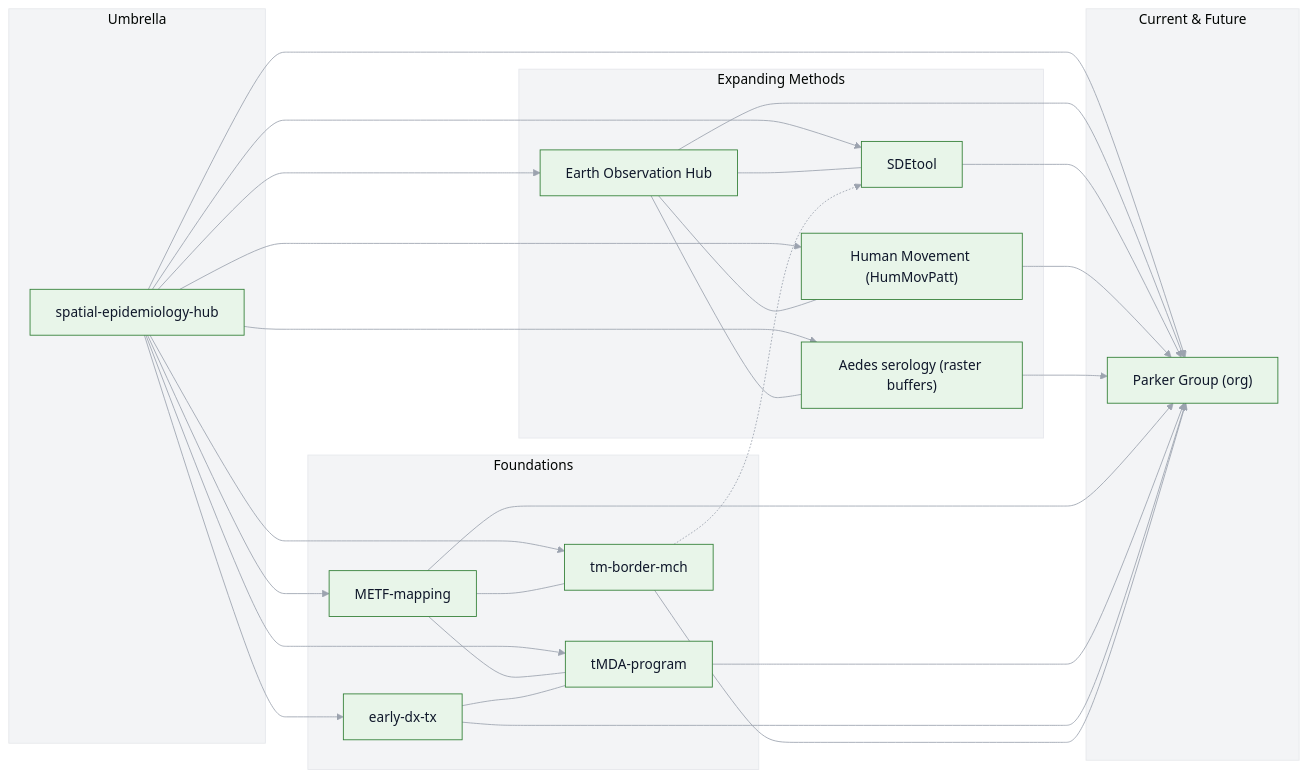
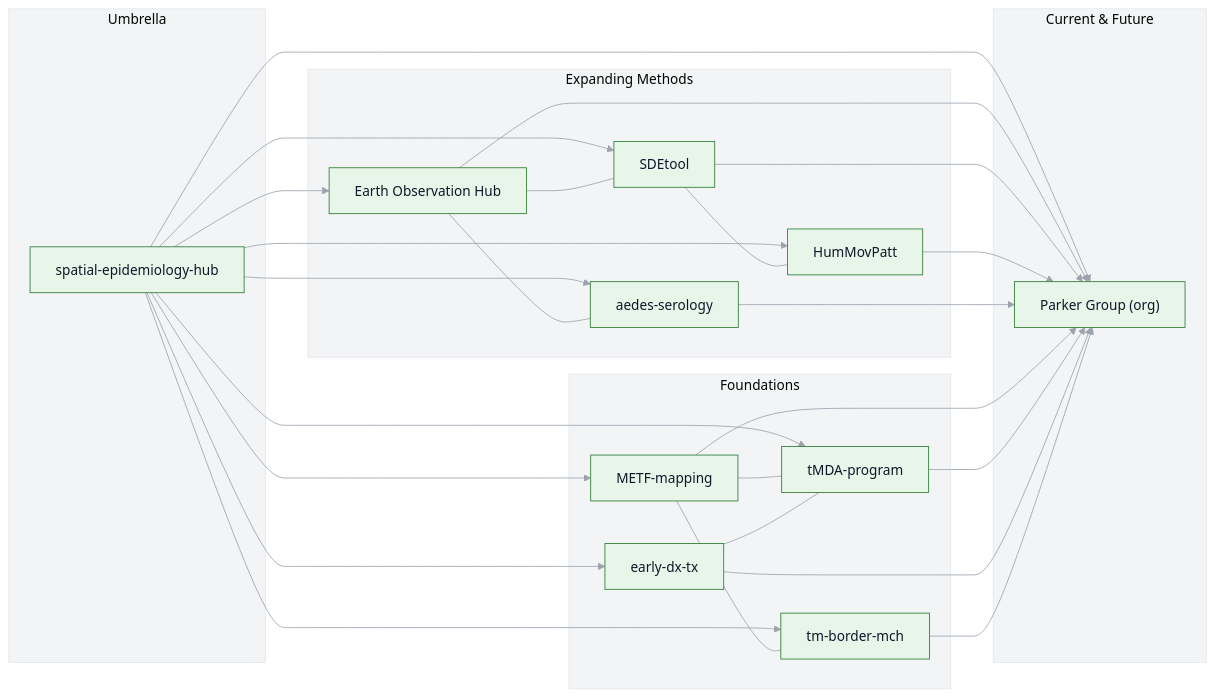
The diagram in README.md (DMParker1/spatial-epidemiology-hub), drawn with Mermaid before and after one commit. The commit also changed other lines of this file, not shown here.

````diff
--- a/README.md
+++ b/README.md
@@ -41,63 +41,59 @@
 ```mermaid
 %%{init: {"theme":"base","themeVariables":{
   "background":"#FAFAFA",
   "clusterBkg":"#F3F4F6",
   "clusterBorder":"#E5E7EB",
   "primaryColor":"#E8F5E9",
   "primaryBorderColor":"#2E7D32",
   "primaryTextColor":"#0F172A",
   "lineColor":"#9CA3AF"
 }}}%%
 flowchart LR
   subgraph A[Foundations]
     METF["METF-mapping"]
     EDT["early-dx-tx"]
     MCH["tm-border-mch"]
     tMDA["tMDA-program"]
   end
 
   subgraph B[Expanding Methods]
     EO["Earth Observation Hub"]
     SDE["SDEtool"]
-    HM["Human Movement (HumMovPatt)"]
-    AED["Aedes serology (raster buffers)"]
+    HUM["HumMovPatt"]
+    AES["aedes-serology"]
   end
 
   subgraph C[Umbrella]
     GIS["spatial-epidemiology-hub"]
   end
 
   subgraph D[Current & Future]
     PG["Parker Group (org)"]
   end
 
-  %% umbrella links
   GIS --> METF
   GIS --> tMDA
   GIS --> EDT
   GIS --> MCH
   GIS --> EO
   GIS --> SDE
-  GIS --> HM
-  GIS --> AED
+  GIS --> HUM
+  GIS --> AES
   GIS --> PG
 
-  %% method/theme crosslinks
   METF --- tMDA
   EDT --- tMDA
   METF --- MCH
   EO --- SDE
-  EO --- HM
-  EO --- AED
-  MCH -.-> SDE
+  EO --- AES
+  SDE --- HUM
 
-  %% convergence
   EO --> PG
   SDE --> PG
-  HM --> PG
-  AED --> PG
+  HUM --> PG
+  AES --> PG
   METF --> PG
   tMDA --> PG
   EDT --> PG
   MCH --> PG
 ```
````
